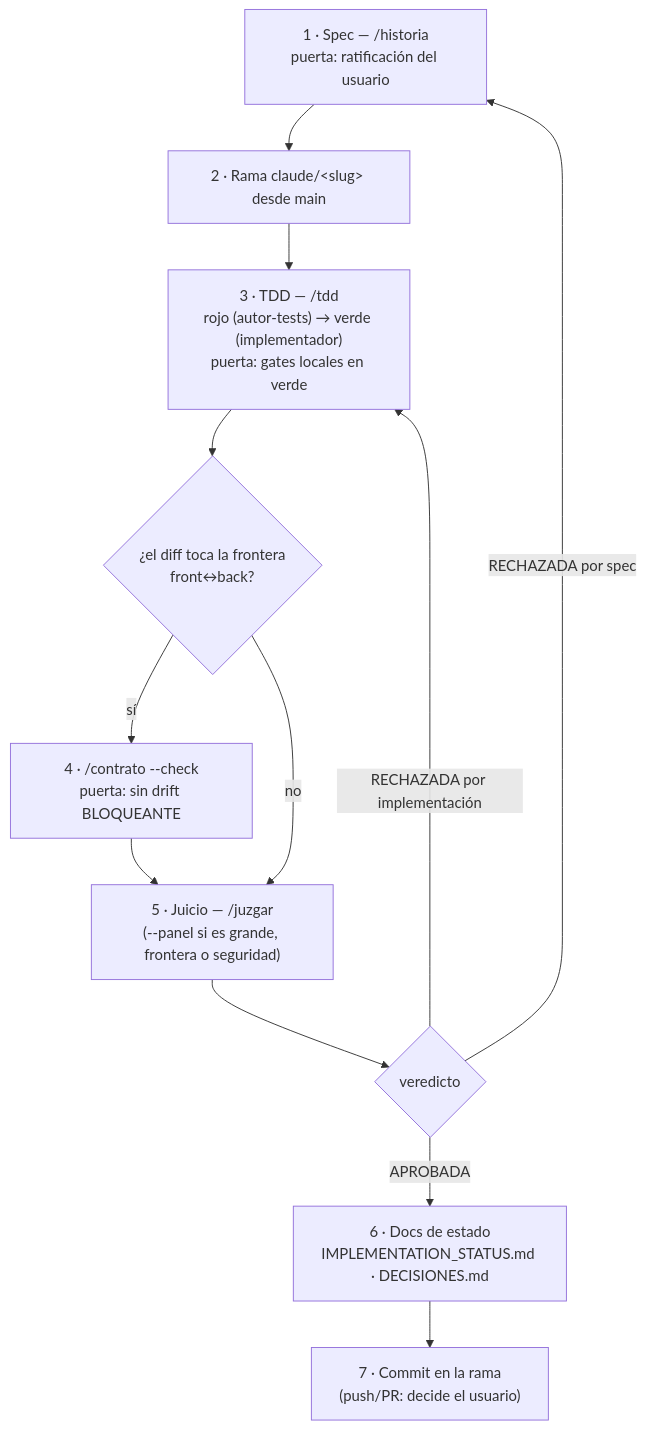
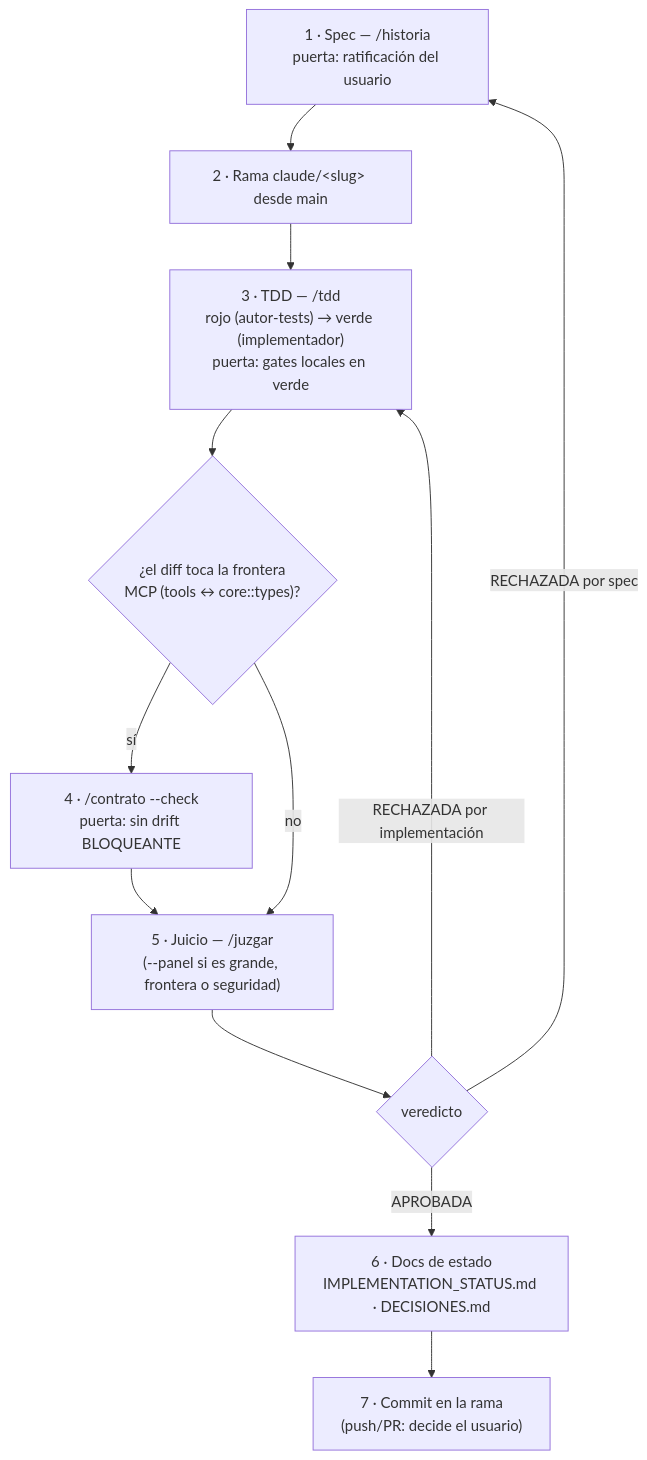
Before and after one commit to dbareagimeno/lodestar: the second of 2 diagrams in docs/WORKFLOWS.md, drawn with Mermaid. The commit also changed other lines of this file and 81 other files, not shown here.

````diff
--- a/docs/WORKFLOWS.md
+++ b/docs/WORKFLOWS.md
@@ -105,19 +103,19 @@
 ```mermaid
 flowchart TD
     SPEC["1 · Spec — /historia<br/>puerta: ratificación del usuario"]
     RAMA["2 · Rama claude/&lt;slug&gt; desde main"]
     TDD["3 · TDD — /tdd<br/>rojo (autor-tests) → verde (implementador)<br/>puerta: gates locales en verde"]
-    FRONTERA{"¿el diff toca la frontera<br/>front↔back?"}
+    FRONTERA{"¿el diff toca la frontera<br/>MCP (tools ↔ core::types)?"}
     CONTRATO["4 · /contrato --check<br/>puerta: sin drift BLOQUEANTE"]
     JUEZ["5 · Juicio — /juzgar<br/>(--panel si es grande, frontera o seguridad)"]
     VER{"veredicto"}
     DOCS["6 · Docs de estado<br/>IMPLEMENTATION_STATUS.md · DECISIONES.md"]
     COMMIT["7 · Commit en la rama<br/>(push/PR: decide el usuario)"]
     SPEC --> RAMA --> TDD --> FRONTERA
     FRONTERA -- "sí" --> CONTRATO --> JUEZ
     FRONTERA -- "no" --> JUEZ
     JUEZ --> VER
     VER -- "APROBADA" --> DOCS --> COMMIT
     VER -- "RECHAZADA por implementación" --> TDD
     VER -- "RECHAZADA por spec" --> SPEC
 ```
````
